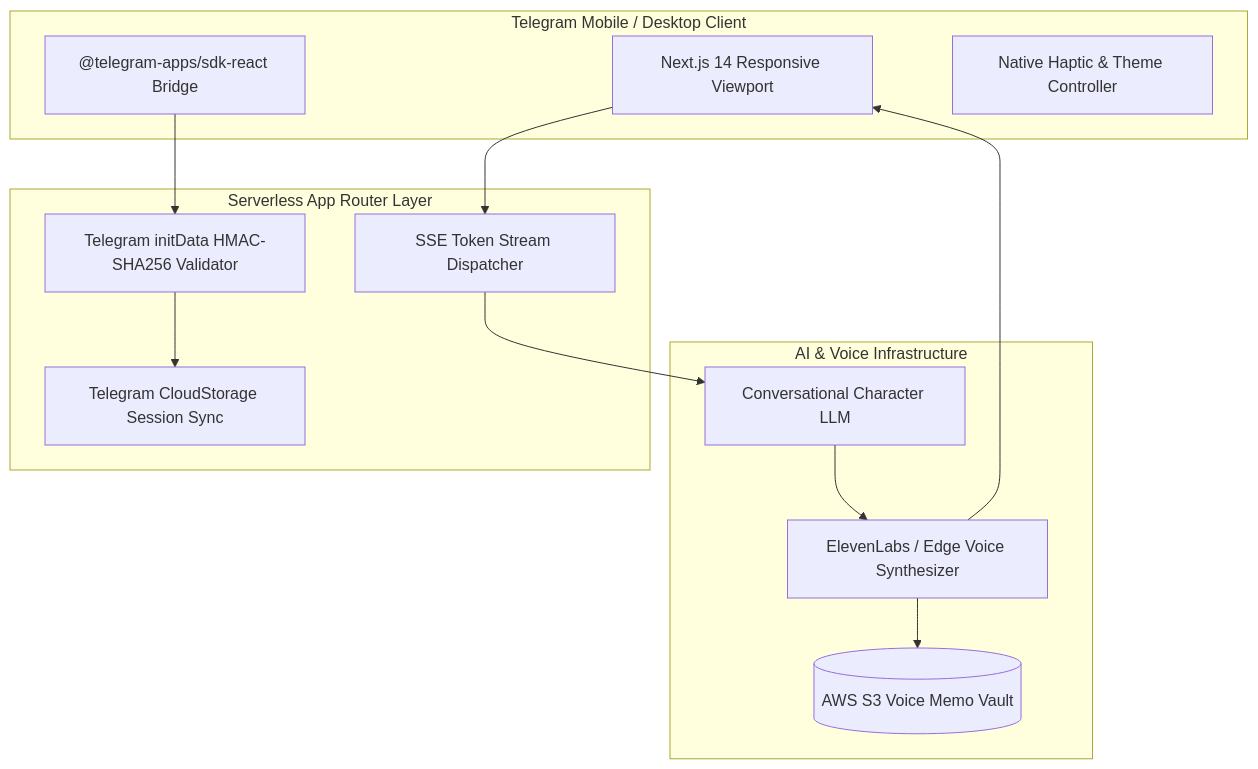
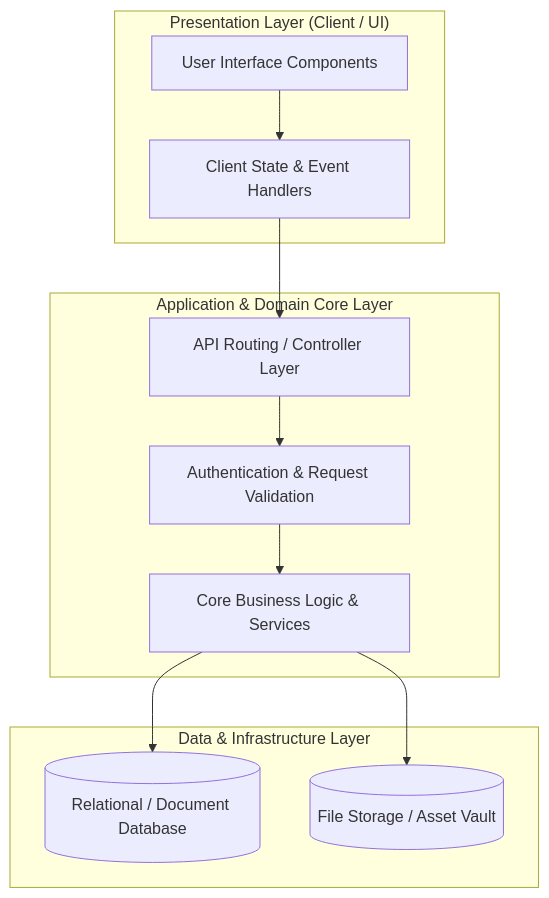
Before and after one commit to MHendriF/my-resume: the diagram in experience/kipley-pte-ltd/overview-projects/voxi-ai-girlfriend/ARCHITECTURE.md, drawn with Mermaid. The commit also changed other lines of this file and 27 other files, not shown here.

Commit message:
docs: synchronize all ARCHITECTURE.md files with exact package.json and composer.json manifests

````diff
--- a/experience/kipley-pte-ltd/overview-projects/voxi-ai-girlfriend/ARCHITECTURE.md
+++ b/experience/kipley-pte-ltd/overview-projects/voxi-ai-girlfriend/ARCHITECTURE.md
@@ -19,27 +16,23 @@
 ```mermaid
 flowchart TD
-    subgraph TelegramClient ["Telegram Mobile / Desktop Client"]
-        TMA_SDK["@telegram-apps/sdk-react Bridge"]
-        WebViewUI["Next.js 14 Responsive Viewport"]
-        Haptic["Native Haptic & Theme Controller"]
+    subgraph ClientPresentation ["Presentation Layer (Client / UI)"]
+        UI["User Interface Components"]
+        ClientState["Client State & Event Handlers"]
     end
 
-    subgraph ServerlessEdge ["Serverless App Router Layer"]
-        InitValidator["Telegram initData HMAC-SHA256 Validator"]
-        SessionMgr["Telegram CloudStorage Session Sync"]
-        ChatStreamer["SSE Token Stream Dispatcher"]
+    subgraph ApplicationCore ["Application & Domain Core Layer"]
+        RouterGateway["API Routing / Controller Layer"]
+        BusinessLogic["Core Business Logic & Services"]
+        SecurityMiddleware["Authentication & Request Validation"]
     end
 
-    subgraph AI_Backend ["AI & Voice Infrastructure"]
-        ChatLLM["Conversational Character LLM"]
-        TTS_Engine["ElevenLabs / Edge Voice Synthesizer"]
-        MediaS3[(AWS S3 Voice Memo Vault)]
+    subgraph InfrastructureLayer ["Data & Infrastructure Layer"]
+        PrimaryStore[(Relational / Document Database)]
+        FileStore[(File Storage / Asset Vault)]
     end
 
-    TMA_SDK --> InitValidator
-    WebViewUI --> ChatStreamer
-    InitValidator --> SessionMgr
-    ChatStreamer --> ChatLLM
-    ChatLLM --> TTS_Engine --> MediaS3
-    TTS_Engine --> WebViewUI
+    UI --> ClientState --> RouterGateway
+    RouterGateway --> SecurityMiddleware --> BusinessLogic
+    BusinessLogic --> PrimaryStore
+    BusinessLogic --> FileStore
 ```
````
